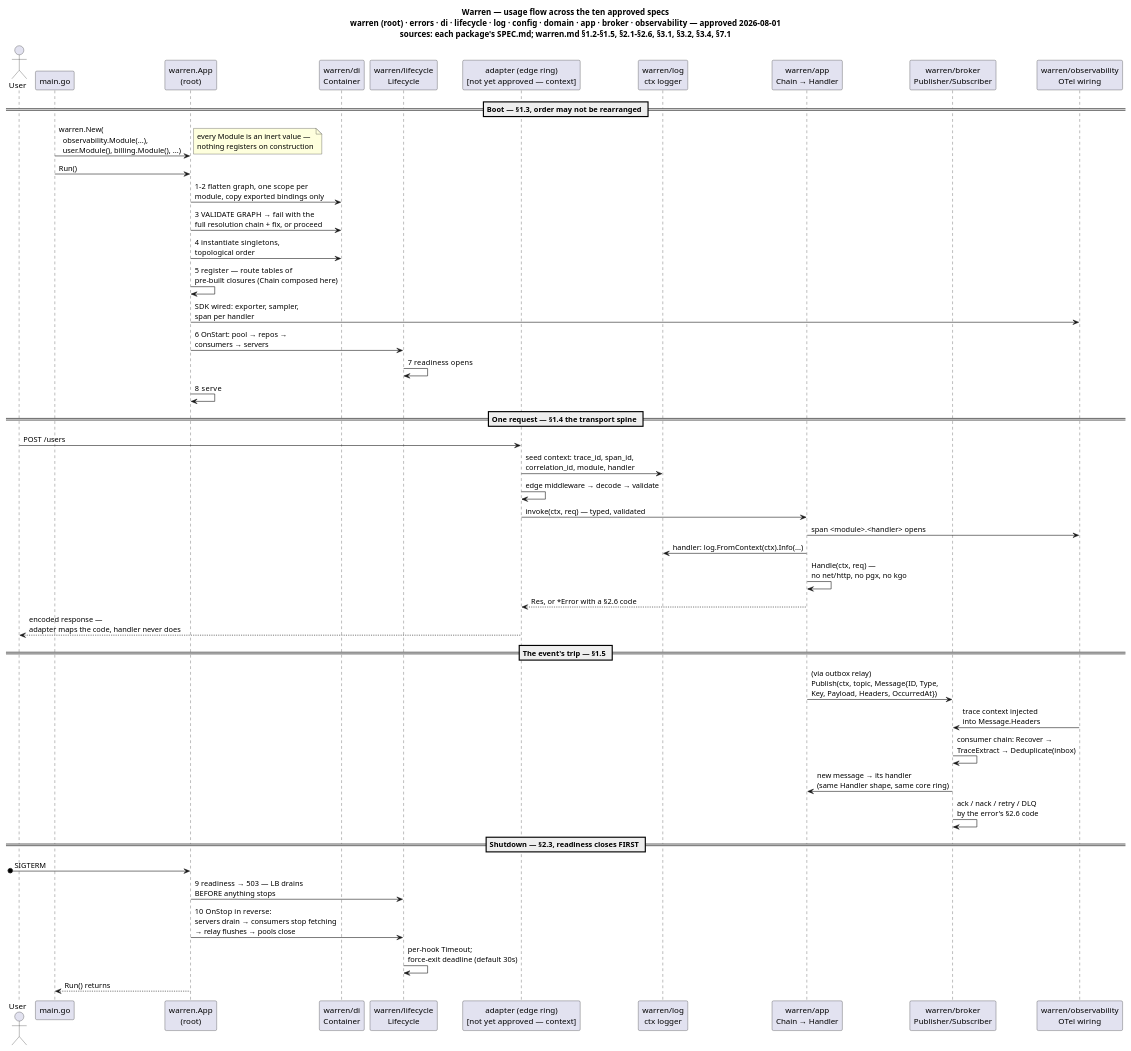
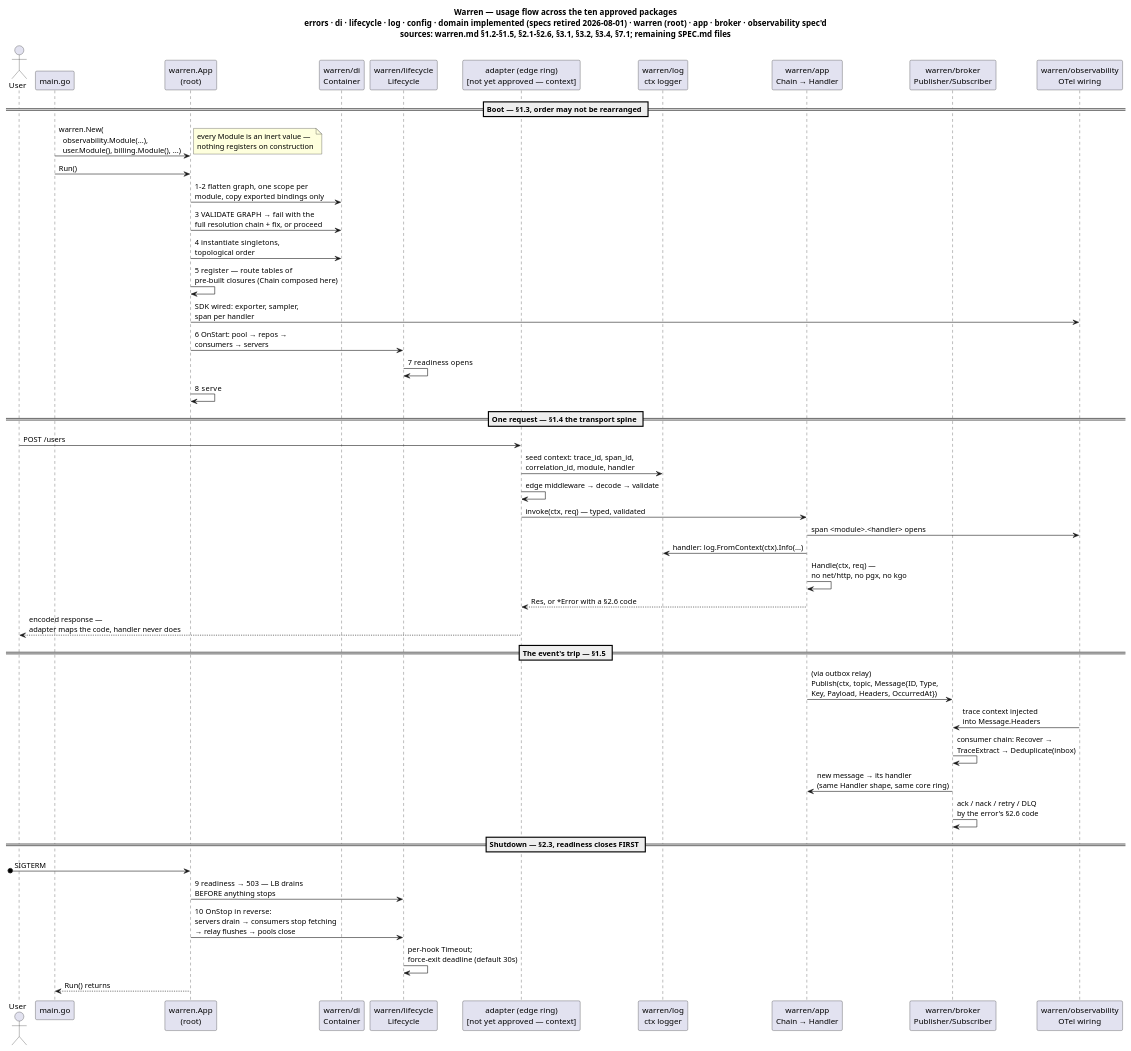
The diagram in docs/assets/approved-usage.puml (MerseniBilel/warren), drawn with PlantUML before and after one commit. The commit also changed 29 other files, not shown here.

First line of the commit message:
docs: retire the six implemented kernel specs

```diff
--- a/docs/assets/approved-usage.puml
+++ b/docs/assets/approved-usage.puml
@@ -1,52 +1,52 @@
 @startuml approved-usage
-title Warren — usage flow across the ten approved specs\nwarren (root) · errors · di · lifecycle · log · config · domain · app · broker · observability — approved 2026-08-01\nsources: each package's SPEC.md; warren.md §1.2–§1.5, §2.1–§2.6, §3.1, §3.2, §3.4, §7.1
+title Warren — usage flow across the ten approved packages\nerrors · di · lifecycle · log · config · domain implemented (specs retired 2026-08-01) · warren (root) · app · broker · observability spec'd\nsources: warren.md §1.2–§1.5, §2.1–§2.6, §3.1, §3.2, §3.4, §7.1; remaining SPEC.md files
 
 actor User
 participant "main.go" as main
 participant "warren.App\n(root)" as app
 participant "warren/di\nContainer" as di
 participant "warren/lifecycle\nLifecycle" as lc
 participant "adapter (edge ring)\n[not yet approved — context]" as edge
 participant "warren/log\nctx logger" as log
 participant "warren/app\nChain → Handler" as chain
 participant "warren/broker\nPublisher/Subscriber" as broker
 participant "warren/observability\nOTel wiring" as obs
 
 == Boot — §1.3, order may not be rearranged ==
 main -> app : warren.New(\n  observability.Module(...),\n  user.Module(), billing.Module(), ...)
 note right : every Module is an inert value —\nnothing registers on construction
 main -> app : Run()
 app -> di : 1–2  flatten graph, one scope per\nmodule, copy exported bindings only
 app -> di : 3  VALIDATE GRAPH → fail with the\nfull resolution chain + fix, or proceed
 app -> di : 4  instantiate singletons,\ntopological order
 app -> app : 5  register — route tables of\npre-built closures (Chain composed here)
 app -> obs : SDK wired: exporter, sampler,\nspan per handler
 app -> lc : 6  OnStart: pool → repos →\nconsumers → servers
 lc -> lc : 7  readiness opens
 app -> app : 8  serve
 
 == One request — §1.4 the transport spine ==
 User -> edge : POST /users
 edge -> log : seed context: trace_id, span_id,\ncorrelation_id, module, handler
 edge -> edge : edge middleware → decode → validate
 edge -> chain : invoke(ctx, req) — typed, validated
 chain -> obs : span <module>.<handler> opens
 chain -> log : handler: log.FromContext(ctx).Info(...)
 chain -> chain : Handle(ctx, req) —\nno net/http, no pgx, no kgo
 chain --> edge : Res, or *Error with a §2.6 code
 edge --> User : encoded response —\nadapter maps the code, handler never does
 
 == The event's trip — §1.5 ==
 chain -> broker : (via outbox relay)\nPublish(ctx, topic, Message{ID, Type,\nKey, Payload, Headers, OccurredAt})
 obs -> broker : trace context injected\ninto Message.Headers
 broker -> broker : consumer chain: Recover →\nTraceExtract → Deduplicate(inbox)
 broker -> chain : new message → its handler\n(same Handler shape, same core ring)
 broker -> broker : ack / nack / retry / DLQ\nby the error's §2.6 code
 
 == Shutdown — §2.3, readiness closes FIRST ==
 [o-> app : SIGTERM
 app -> lc : 9  readiness → 503 — LB drains\nBEFORE anything stops
 app -> lc : 10  OnStop in reverse:\nservers drain → consumers stop fetching\n→ relay flushes → pools close
 lc -> lc : per-hook Timeout;\nforce-exit deadline (default 30s)
 app --> main : Run() returns
 @enduml
```
